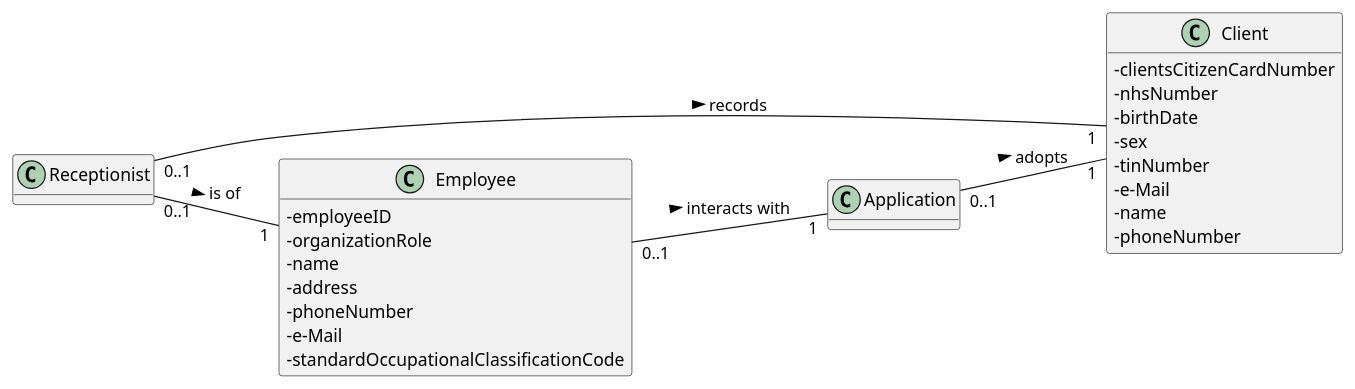
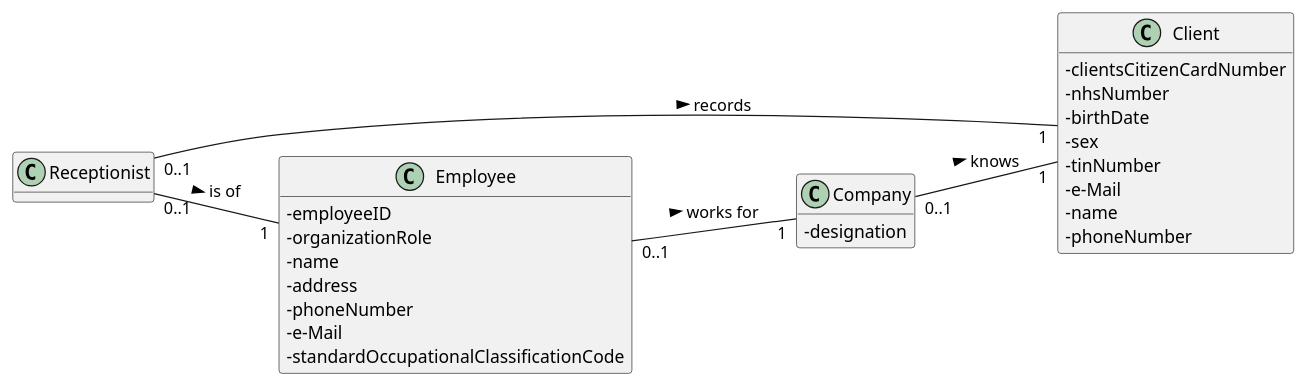
Before and after one commit to ana-albergaria/LAPR2-ISEP: the diagram in docs/SprintB/US_3/US3_MD.puml, drawn with PlantUML. The commit also changed 2 other files, not shown here.

```diff
--- a/docs/SprintB/US_3/US3_MD.puml
+++ b/docs/SprintB/US_3/US3_MD.puml
@@ -1,61 +1,62 @@
 @startuml
 hide methods
 left to right direction
 skinparam classAttributeIconSize 0
 
 
 
 
 class Client {
 - clientsCitizenCardNumber
 - nhsNumber
 - birthDate
 - sex
 - tinNumber
 - e-Mail
 - name
 - phoneNumber
 }
 
 class Receptionist{
 
 }
 
 class Employee {
 - employeeID
 - organizationRole
 - name
 - address
 - phoneNumber
 - e-Mail
 - standardOccupationalClassificationCode
 }
 
-class Application{
+class Company{
+- designation
 }
 
 
 
 
 
 
 
 
 
 
 
 
 
 
 Receptionist "0..1" -- "1" Client : records >
 Receptionist "0..1" -- "1" Employee : is of >
-Application "0..1" -- "1" Client : adopts   >
-Employee "0..1" -- "1" Application : interacts with   >
+Company "0..1" -- "1" Client : knows   >
+Employee "0..1" -- "1" Company : works for   >
 
 
 
 
 
 
 
 @enduml
```
